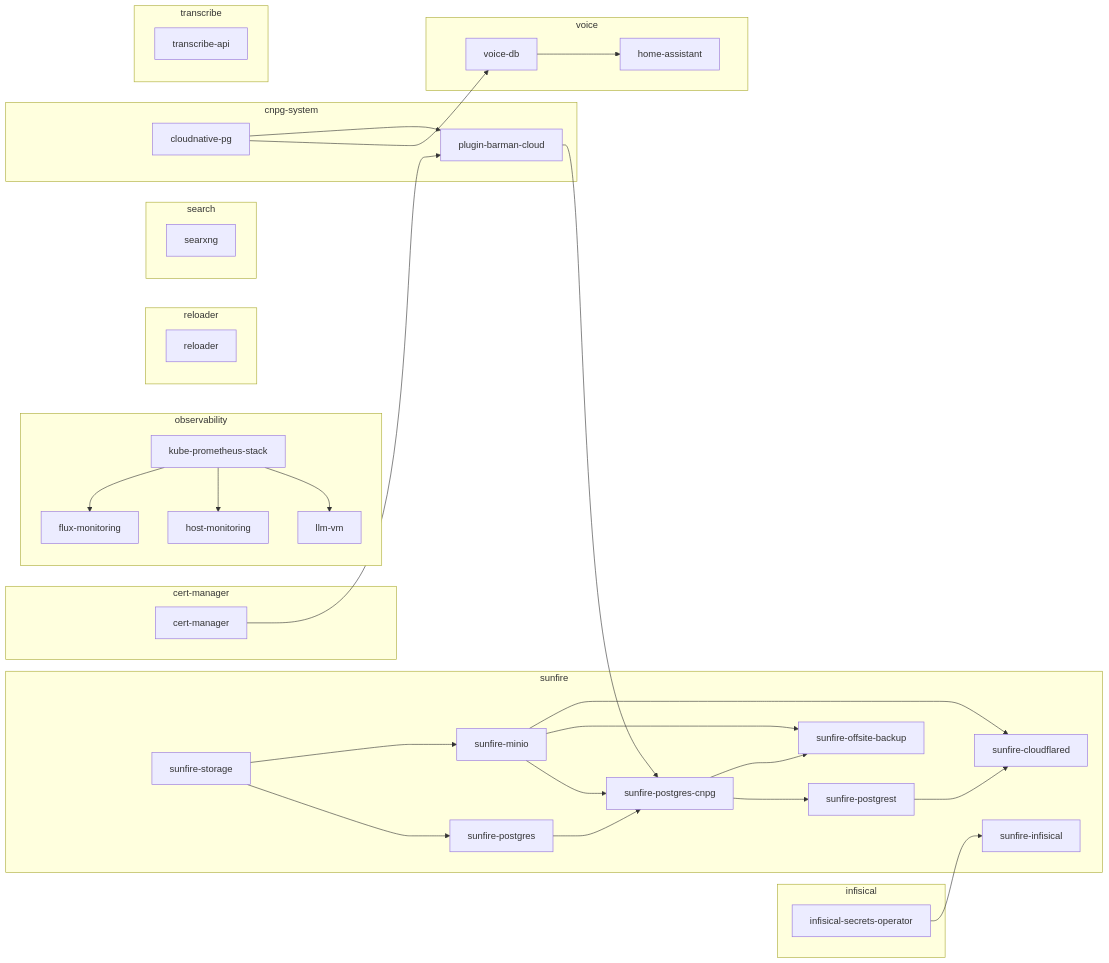
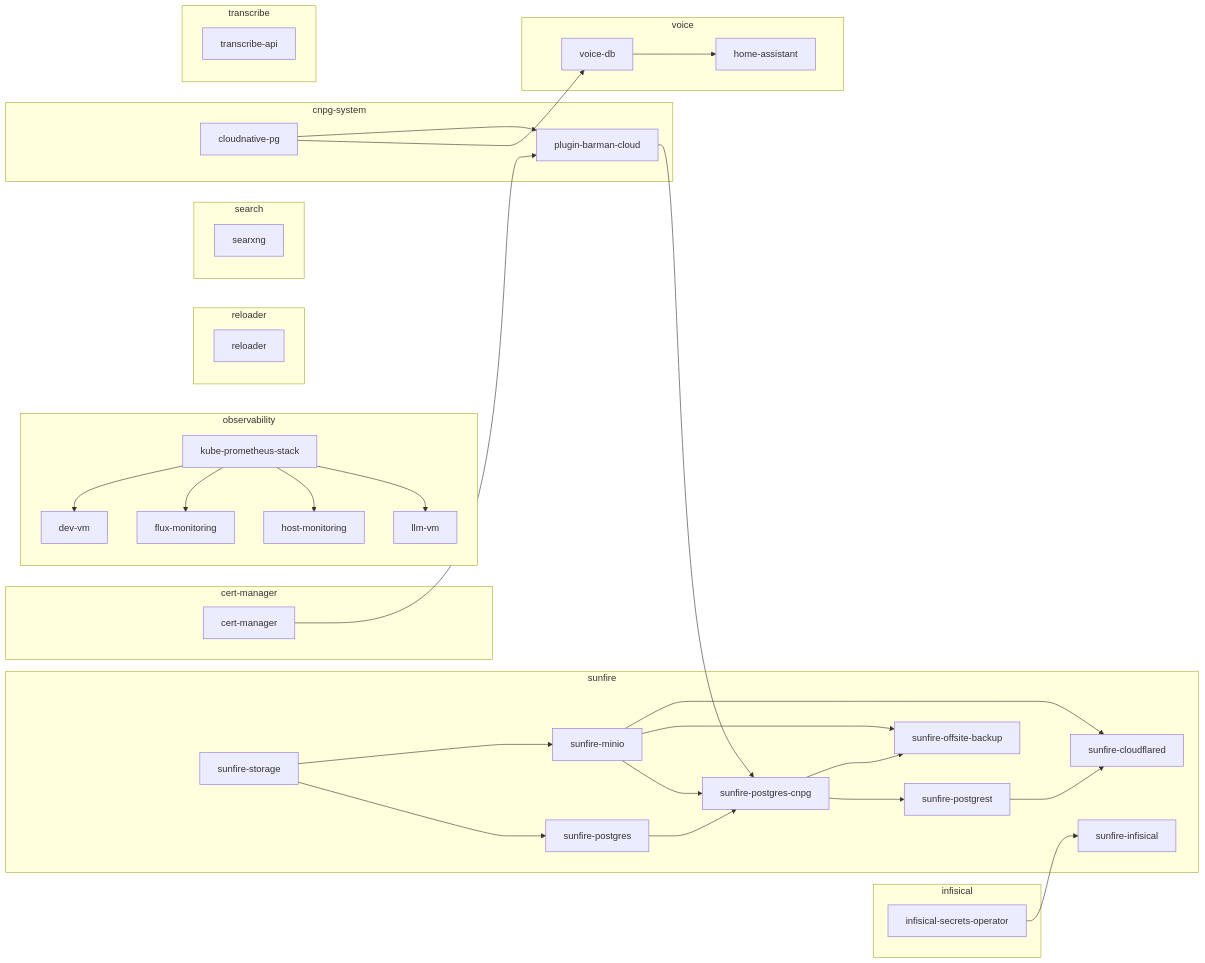
Before and after one commit to lambo-n/homelab: the second of 2 diagrams in README.md, drawn with Mermaid. The commit also changed other lines of this file and 7 other files, not shown here.

````diff
--- a/README.md
+++ b/README.md
@@ -488,60 +496,62 @@
 ```mermaid
 flowchart LR
   subgraph ns_cert_manager["cert-manager"]
     cert_manager["cert-manager"]
   end
   subgraph ns_cnpg_system["cnpg-system"]
     cloudnative_pg["cloudnative-pg"]
     plugin_barman_cloud["plugin-barman-cloud"]
   end
   subgraph ns_infisical["infisical"]
     infisical_secrets_operator["infisical-secrets-operator"]
   end
   subgraph ns_observability["observability"]
+    dev_vm["dev-vm"]
     flux_monitoring["flux-monitoring"]
     host_monitoring["host-monitoring"]
     kube_prometheus_stack["kube-prometheus-stack"]
     llm_vm["llm-vm"]
   end
   subgraph ns_reloader["reloader"]
     reloader["reloader"]
   end
   subgraph ns_search["search"]
     searxng["searxng"]
   end
   subgraph ns_sunfire["sunfire"]
     sunfire_cloudflared["sunfire-cloudflared"]
     sunfire_infisical["sunfire-infisical"]
     sunfire_minio["sunfire-minio"]
     sunfire_offsite_backup["sunfire-offsite-backup"]
     sunfire_postgres["sunfire-postgres"]
     sunfire_postgres_cnpg["sunfire-postgres-cnpg"]
     sunfire_postgrest["sunfire-postgrest"]
     sunfire_storage["sunfire-storage"]
   end
   subgraph ns_transcribe["transcribe"]
     transcribe_api["transcribe-api"]
   end
   subgraph ns_voice["voice"]
     home_assistant["home-assistant"]
     voice_db["voice-db"]
   end
+  kube_prometheus_stack --> dev_vm
   kube_prometheus_stack --> flux_monitoring
   voice_db --> home_assistant
   kube_prometheus_stack --> host_monitoring
   kube_prometheus_stack --> llm_vm
   cert_manager --> plugin_barman_cloud
   cloudnative_pg --> plugin_barman_cloud
   sunfire_minio --> sunfire_cloudflared
   sunfire_postgrest --> sunfire_cloudflared
   infisical_secrets_operator --> sunfire_infisical
   sunfire_storage --> sunfire_minio
   sunfire_minio --> sunfire_offsite_backup
   sunfire_postgres_cnpg --> sunfire_offsite_backup
   sunfire_storage --> sunfire_postgres
   plugin_barman_cloud --> sunfire_postgres_cnpg
   sunfire_minio --> sunfire_postgres_cnpg
   sunfire_postgres --> sunfire_postgres_cnpg
   sunfire_postgres_cnpg --> sunfire_postgrest
   cloudnative_pg --> voice_db
 ```
````
